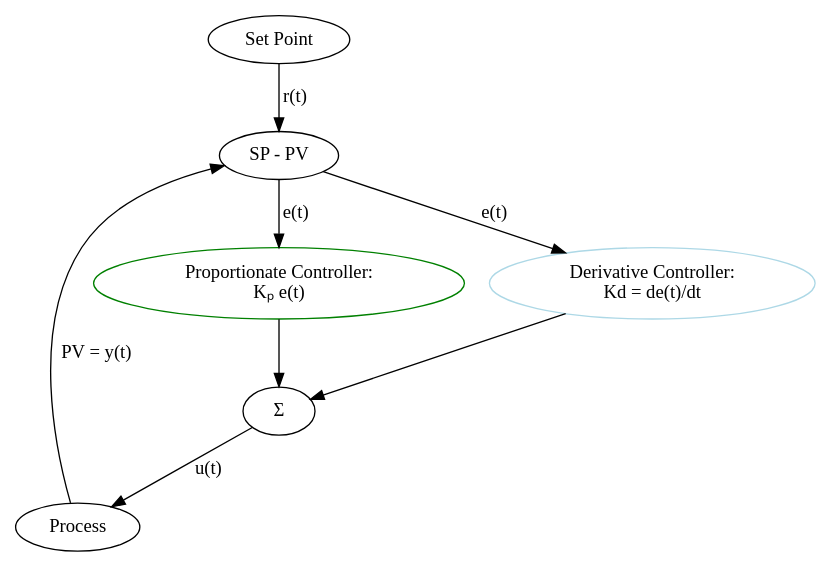
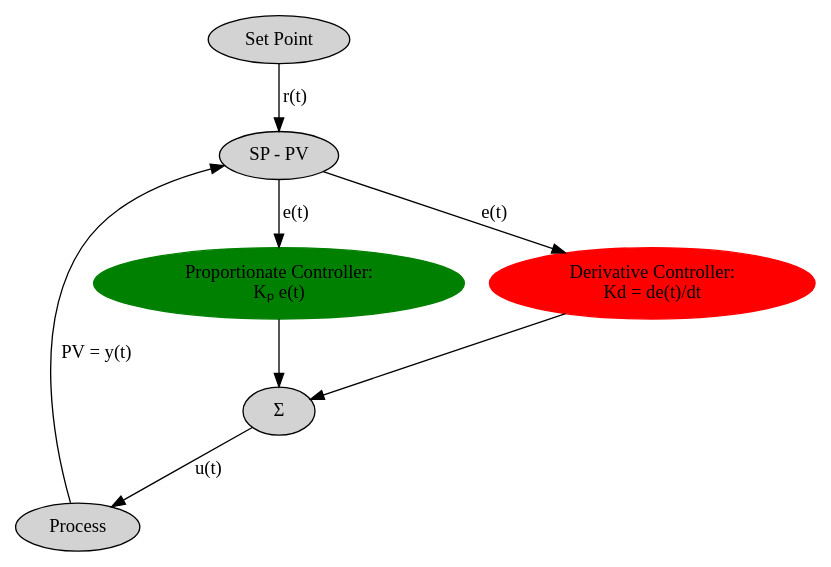
One commit to brain-fuel-co/feedback changed the diagram in pid-dotfiles/pd-controller.dot. Above: the diagram before and after it, drawn with Graphviz. The commit also changed 8 other files, not shown here.

```diff
--- a/pid-dotfiles/pd-controller.dot
+++ b/pid-dotfiles/pd-controller.dot
@@ -1,16 +1,17 @@
 digraph PD {
+    node [style=filled];
     SP [label="Set Point"];
     PR [label="Process"];
     S1 [label="SP - PV"];
     P  [color=green,label="Proportionate Controller:\nKₚ e(t)"];
-    D  [color=lightblue,label="Derivative Controller:\nKd = de(t)/dt"];
+    D  [color=red,label="Derivative Controller:\nKd = de(t)/dt"];
     S2 [label="Σ"];
 
     SP -> S1 [label="r(t)"];
     PR -> S1 [label="PV = y(t)"];
     S1 -> P  [label="e(t)"];
     S1 -> D  [label="e(t)"];
     P  -> S2;
     D  -> S2;
     S2 -> PR [label="u(t)"];
 }
```
